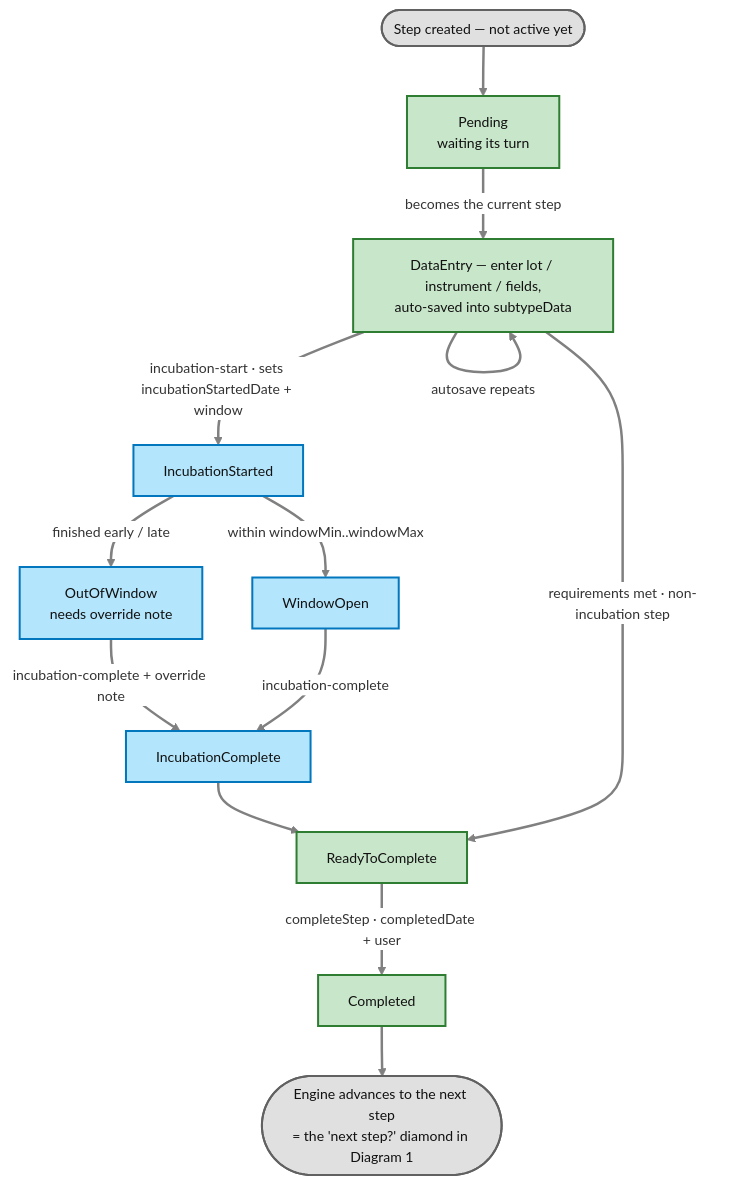
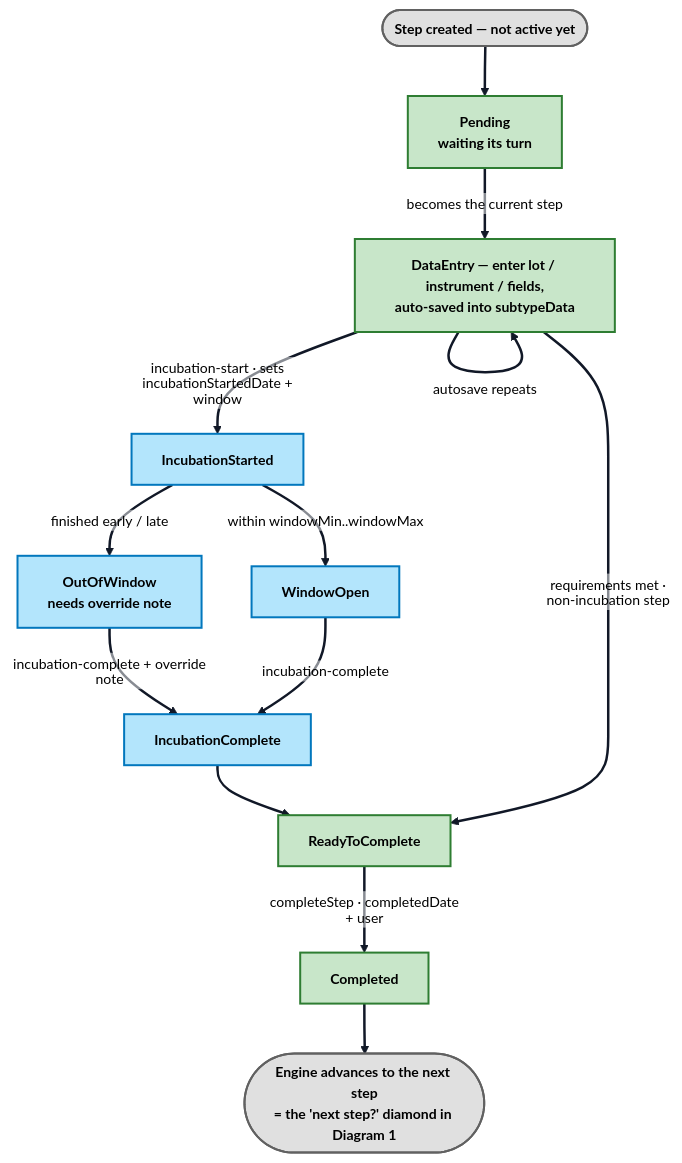
Before and after one commit to fengyanglin09/my-work-dashboard-app: the second of 4 diagrams in src/assets/pages/app-resources/nerds/appDetails/00step/testing-stage/testing-stage.md, drawn with Mermaid. The commit also changed other lines of this file and 35 other files, not shown here.

Commit message:
Add new mermaid diagrams for workflow and testing processes

````diff
--- a/src/assets/pages/app-resources/nerds/appDetails/00step/testing-stage/testing-stage.md
+++ b/src/assets/pages/app-resources/nerds/appDetails/00step/testing-stage/testing-stage.md
@@ -213,29 +213,29 @@
 ```mermaid
-%%{init: {"theme":"base", "themeVariables":{"background":"#ffffff","lineColor":"#808080","edgeLabelBackground":"#ffffff","fontSize":"14px"}, "flowchart":{"curve":"basis"}}}%%
+%%{init: {"theme":"base", "themeVariables":{"background":"#ffffff","mainBkg":"#ffffff","primaryColor":"#f8fafc","primaryTextColor":"#000000","primaryBorderColor":"#111827","secondaryColor":"#f8fafc","secondaryTextColor":"#000000","secondaryBorderColor":"#111827","tertiaryColor":"#f8fafc","tertiaryTextColor":"#000000","tertiaryBorderColor":"#111827","lineColor":"#111827","defaultLinkColor":"#111827","nodeTextColor":"#000000","textColor":"#000000","titleColor":"#000000","edgeLabelBackground":"#ffffff","clusterBkg":"#f8fafc","clusterBorder":"#111827","fontSize":"14px"}, "themeCSS":".nodeLabel,.nodeLabel *,.edgeLabel,.edgeLabel *,.cluster-label,.cluster-label *,.label,.label *,foreignObject,foreignObject *,text,tspan{color:#000000 !important;fill:#000000 !important;font-weight:700 !important;}.edgeLabel rect,.labelBkg{fill:#ffffff !important;opacity:0.96 !important;}", "flowchart":{"curve":"basis","htmlLabels":false}}}%%
 flowchart TD
     START([Step created — not active yet]) --> PENDING[Pending<br/>waiting its turn]
     PENDING -->|becomes the current step| DATA["DataEntry — enter lot / instrument / fields,<br/>auto-saved into subtypeData"]
     DATA -->|autosave repeats| DATA
 
     DATA -->|"requirements met · non-incubation step"| READY[ReadyToComplete]
 
     DATA -->|"incubation-start · sets incubationStartedDate + window"| INCS[IncubationStarted]
     INCS -->|within windowMin..windowMax| WOPEN[WindowOpen]
     INCS -->|finished early / late| OOW["OutOfWindow<br/>needs override note"]
     WOPEN -->|incubation-complete| INCC[IncubationComplete]
     OOW -->|incubation-complete + override note| INCC
     INCC --> READY
 
     READY -->|"completeStep · completedDate + user"| DONE[Completed]
     DONE --> ENDX([Engine advances to the next step<br/>= the 'next step?' diamond in Diagram 1])
 
-    classDef norm fill:#c8e6c9,stroke:#2e7d32,stroke-width:2px,color:#111111;
-    classDef inc  fill:#b3e5fc,stroke:#0277bd,stroke-width:2px,color:#111111;
-    classDef ends fill:#e0e0e0,stroke:#616161,stroke-width:2px,color:#111111;
+    classDef norm fill:#c8e6c9,stroke:#2e7d32,stroke-width:2px,color:#000000,font-weight:700;
+    classDef inc  fill:#b3e5fc,stroke:#0277bd,stroke-width:2px,color:#000000,font-weight:700;
+    classDef ends fill:#e0e0e0,stroke:#616161,stroke-width:2px,color:#000000,font-weight:700;
 
     class PENDING,DATA,READY,DONE norm;
     class INCS,WOPEN,OOW,INCC inc;
     class START,ENDX ends;
 
-    linkStyle default stroke:#808080,stroke-width:2.5px
+    linkStyle default stroke:#111827,stroke-width:2.5px
 ```
````
